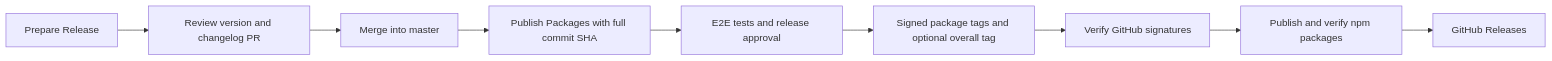
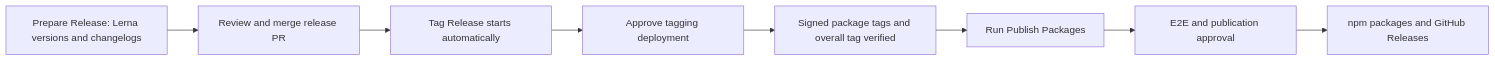
Before and after one commit to suites-dev/unit: the diagram in RELEASING.md, drawn with Mermaid. The commit also changed other lines of this file and 7 other files, not shown here.

Commit message:
ci(release): separate automatic Lerna tagging from publishing [skip ci]

````diff
--- a/RELEASING.md
+++ b/RELEASING.md
@@ -5,11 +5,10 @@
 ```mermaid
 flowchart LR
-  A[Prepare Release] --> B[Review version and changelog PR]
-  B --> C[Merge into master]
-  C --> D[Publish Packages with full commit SHA]
-  D --> E[E2E tests and release approval]
-  E --> F[Signed package tags and optional overall tag]
-  F --> G[Verify GitHub signatures]
-  G --> H[Publish and verify npm packages]
-  H --> I[GitHub Releases]
+  A[Prepare Release: Lerna versions and changelogs] --> B[Review and merge release PR]
+  B --> C[Tag Release starts automatically]
+  C --> D[Approve tagging deployment]
+  D --> E[Signed package tags and overall tag verified]
+  E --> F[Run Publish Packages]
+  F --> G[E2E and publication approval]
+  G --> H[npm packages and GitHub Releases]
 ```
````
